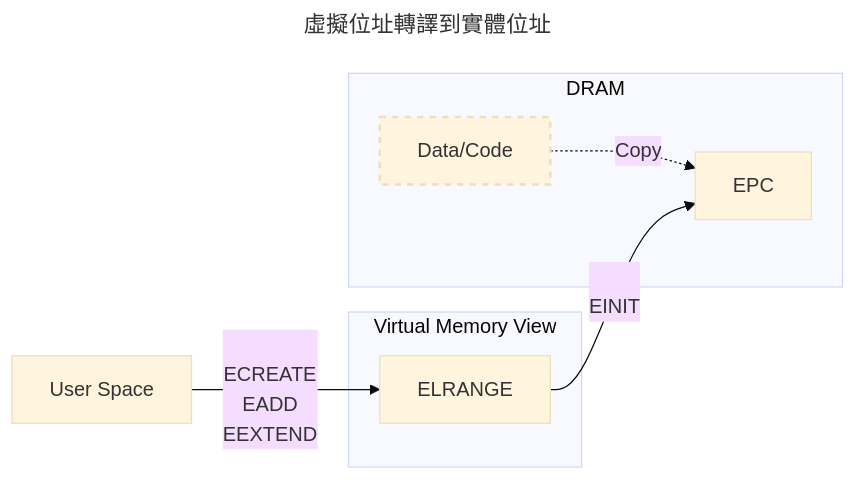
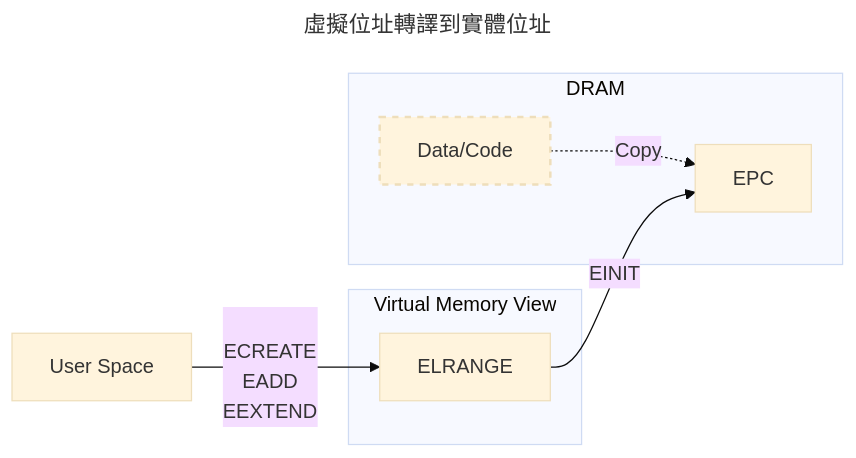
The second of 5 diagrams in src/essay/confidential-computing.md (evan361425/evan361425.github.io), drawn with Mermaid (base theme) before and after one commit. The commit also changed other lines of this file and 2 other files, not shown here.

Commit message:
using native mermaid

````diff
--- a/src/essay/confidential-computing.md
+++ b/src/essay/confidential-computing.md
@@ -103,16 +103,16 @@
 ```mermaid
 ---
 title: 虛擬位址轉譯到實體位址
 ---
 flowchart LR
   subgraph Virtual Memory View
     e[ELRANGE]
   end
   subgraph DRAM
     p[EPC]
     v[Data/Code] -.Copy.-> p
   end
   u[User Space] --"<br>ECREATE<br>EADD<br>EEXTEND"--> e
-  e --"<br>EINIT"--> p
+  e --"EINIT"--> p
   style v stroke-width:2px,stroke-dasharray: 5 5
 ```
````
